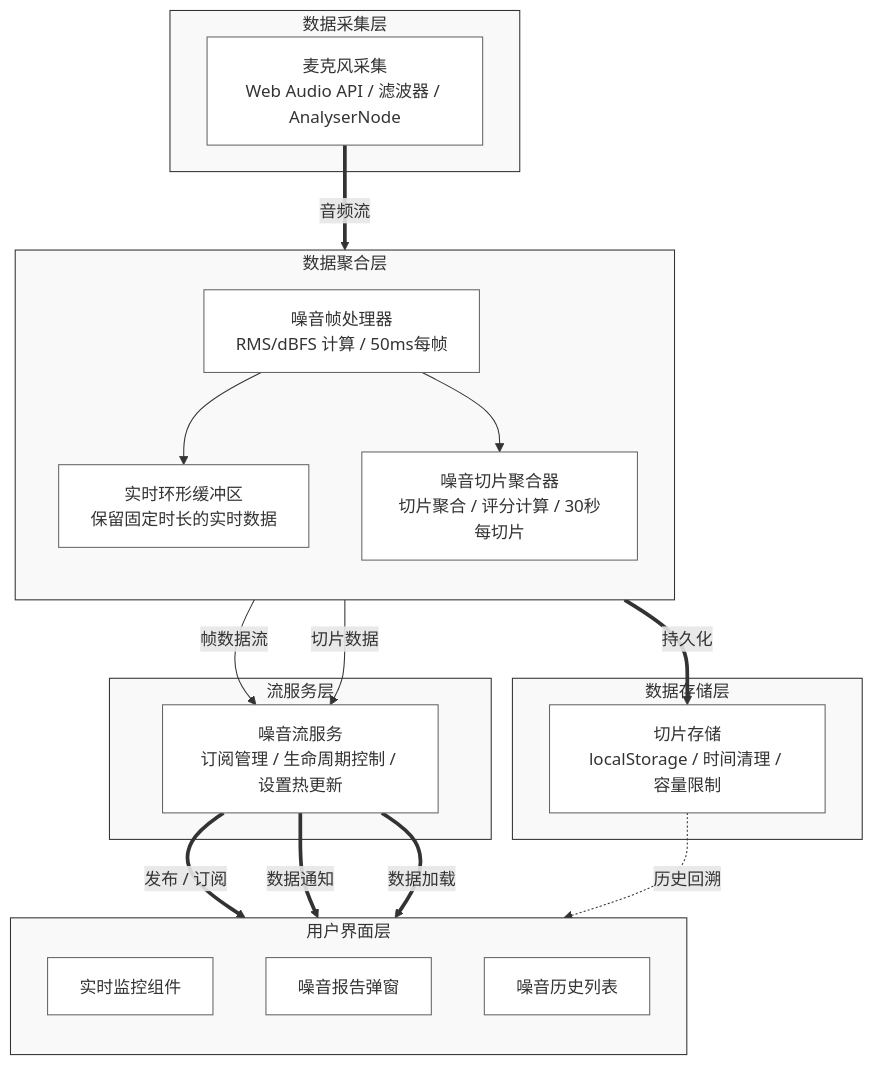
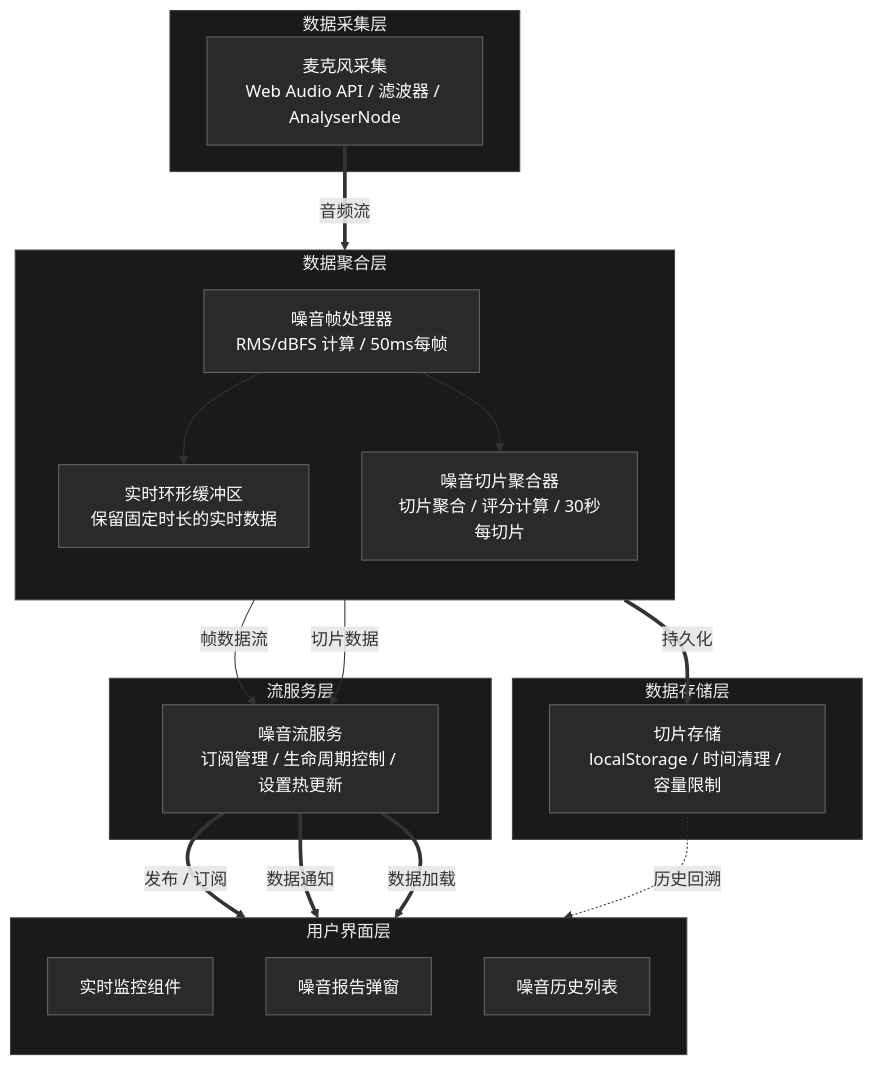
The diagram in README.md (QQHKX/Immersive-clock-monitor), drawn with Mermaid before and after one commit.

Commit message:
更新

````diff
--- a/README.md
+++ b/README.md
@@ -113,52 +113,52 @@
 ```mermaid
 graph TD
-    %% 样式定义
-    classDef layer fill:#f9f9f9,stroke:#333,stroke-width:1px;
-    classDef component fill:#fff,stroke:#666,stroke-width:1px;
+    %% 样式定义 - 适配深色模式
+    classDef layer fill:#1a1a1a,stroke:#444,stroke-width:1px,color:#eee;
+    classDef component fill:#2a2a2a,stroke:#666,stroke-width:1px,color:#fff;
 
     subgraph UI_Layer [用户界面层]
         direction TB
         Monitor[实时监控组件]:::component
         Report[噪音报告弹窗]:::component
         History[噪音历史列表]:::component
     end
     class UI_Layer layer
 
     subgraph Service_Layer [流服务层]
         NoiseService[噪音流服务<br/>订阅管理 / 生命周期控制 / 设置热更新]:::component
     end
     class Service_Layer layer
 
     subgraph Aggregation_Layer [数据聚合层]
         direction TB
         FrameProcessor[噪音帧处理器<br/>RMS/dBFS 计算 / 50ms每帧]:::component
         SliceAggregator[噪音切片聚合器<br/>切片聚合 / 评分计算 / 30秒每切片]:::component
         RingBuffer[实时环形缓冲区<br/>保留固定时长的实时数据]:::component
     end
     class Aggregation_Layer layer
 
     subgraph Acquisition_Layer [数据采集层]
         MicCapture[麦克风采集<br/>Web Audio API / 滤波器 / AnalyserNode]:::component
     end
     class Acquisition_Layer layer
 
     subgraph Storage_Layer [数据存储层]
         LocalStorage[切片存储<br/>localStorage / 时间清理 / 容量限制]:::component
     end
     class Storage_Layer layer
 
     %% 数据流向
     MicCapture ==>|音频流| FrameProcessor
     FrameProcessor --> RingBuffer
     FrameProcessor --> SliceAggregator
     SliceAggregator ==>|持久化| LocalStorage
     
     FrameProcessor -->|帧数据流| NoiseService
     SliceAggregator -->|切片数据| NoiseService
     
     NoiseService ==>|发布 / 订阅| Monitor
     NoiseService ==>|数据通知| Report
     NoiseService ==>|数据加载| History
     
     LocalStorage -.->|历史回溯| History
 ```
````
